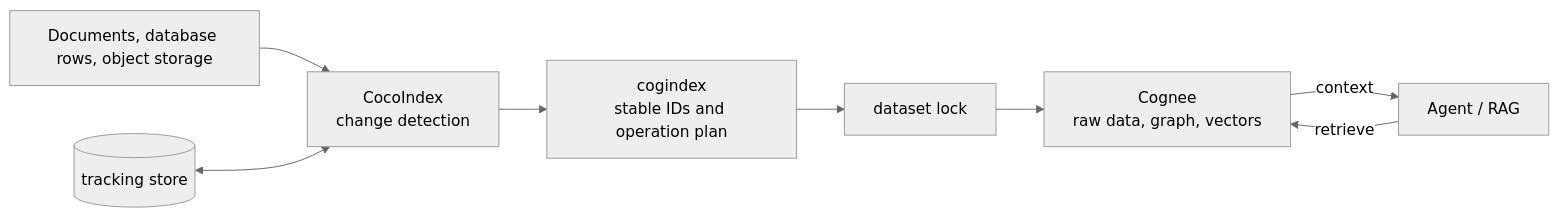
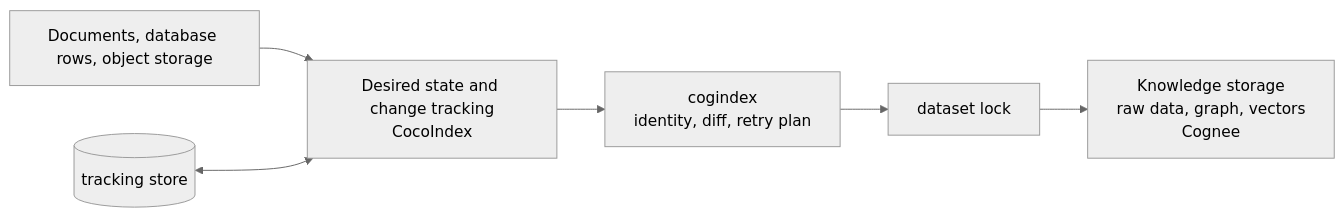
Before and after one commit to liuqjjin/cogindex: the diagram in README.en.md, drawn with Mermaid (neutral theme). The commit also changed other lines of this file and 37 other files, not shown here.

````diff
--- a/README.en.md
+++ b/README.en.md
@@ -40,10 +83,8 @@
 ```mermaid
 flowchart LR
-    source["Documents, database rows, object storage"] --> coco["CocoIndex<br/>change detection"]
-    tracking[("tracking store")] <--> coco
-    coco --> connector["cogindex<br/>stable IDs and operation plan"]
-    connector --> lock["dataset lock"]
-    lock --> cognee["Cognee<br/>raw data, graph, vectors"]
-    agent["Agent / RAG"] -->|retrieve| cognee
-    cognee -->|context| agent
+    source["Documents, database rows, object storage"] --> state["Desired state and change tracking<br/>CocoIndex"]
+    tracking[("tracking store")] <--> state
+    state --> sync["cogindex<br/>identity, diff, retry plan"]
+    sync --> lock["dataset lock"]
+    lock --> storage["Knowledge storage<br/>raw data, graph, vectors<br/>Cognee"]
 ```
````
